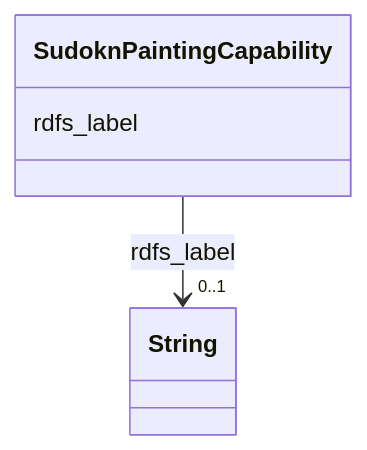
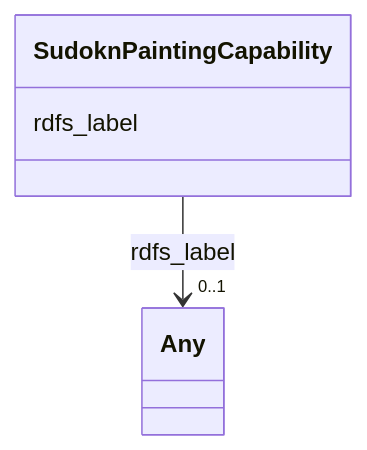
One commit to frink-okn/graph-descriptions changed the diagram in sudokn-kg/classes/SudoknPaintingCapability.md. Above: the diagram before and after it, drawn with Mermaid. The commit also changed other lines of this file and 903 other files, not shown here.

````diff
--- a/sudokn-kg/classes/SudoknPaintingCapability.md
+++ b/sudokn-kg/classes/SudoknPaintingCapability.md
@@ -23,15 +18,15 @@
 ```mermaid
  classDiagram
     class SudoknPaintingCapability
     click SudoknPaintingCapability href "../SudoknPaintingCapability"
       SudoknPaintingCapability : rdfs_label
         
           
     
     
-    SudoknPaintingCapability --> "0..1" String : rdfs_label
-    click String href "../String"
+    SudoknPaintingCapability --> "0..1" Any : rdfs_label
+    click Any href "../Any"
 
         
       
 ```
````
